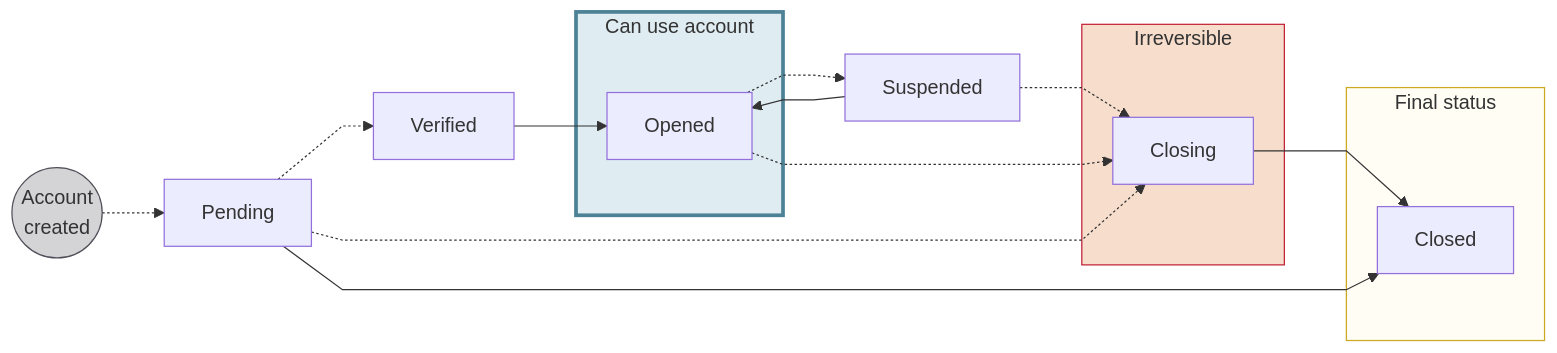
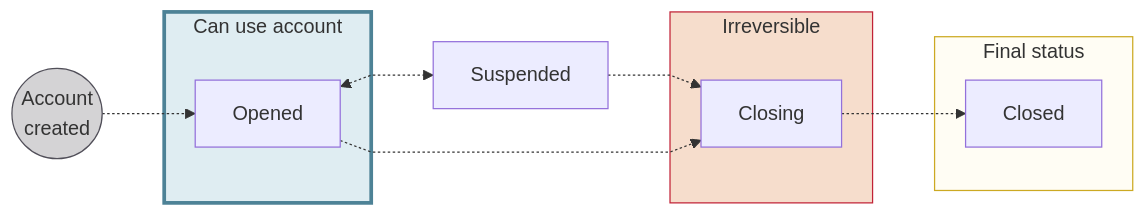
One commit to swan-io/docs changed the diagram in docs/topics/accounts/index.mdx. Above: the diagram before and after it, drawn with Mermaid. The commit also changed other lines of this file and 41 other files, not shown here.

````diff
--- a/docs/topics/accounts/index.mdx
+++ b/docs/topics/accounts/index.mdx
@@ -174,27 +196,22 @@
 ```mermaid
 %%{ init: { 'flowchart': { 'curve': 'linear' } } }%%
 flowchart LR
-    AC((Account<br/>created)) -.-> P[Pending]
-    P -.-> V[Verified]
-    V --> O[Opened]
-    O -.-> S[Suspended]
-    S --> O
+    AC((Account<br/>created)) -.-> O[Opened]
+    O <-.-> S[Suspended]
     S -.-> CL
     O -.-> CL[Closing]
-    CL --> CD[Closed]
-    P -.-> CL
-    P --> CD
+    CL -.-> CD[Closed]
     subgraph U[Can use account]
         O
     end
     subgraph IR[Irreversible]
         CL
     end
     subgraph F[Final status]
         CD
     end
     style AC fill:#D4D3D5,stroke:#514F59
     style F fill:#fffdf4,stroke:#cca922
     style IR fill:#f6ddcc,stroke:#c12236
     style U fill:#dfedf2,stroke:#4d8296,stroke-width:3px
 ```
````
